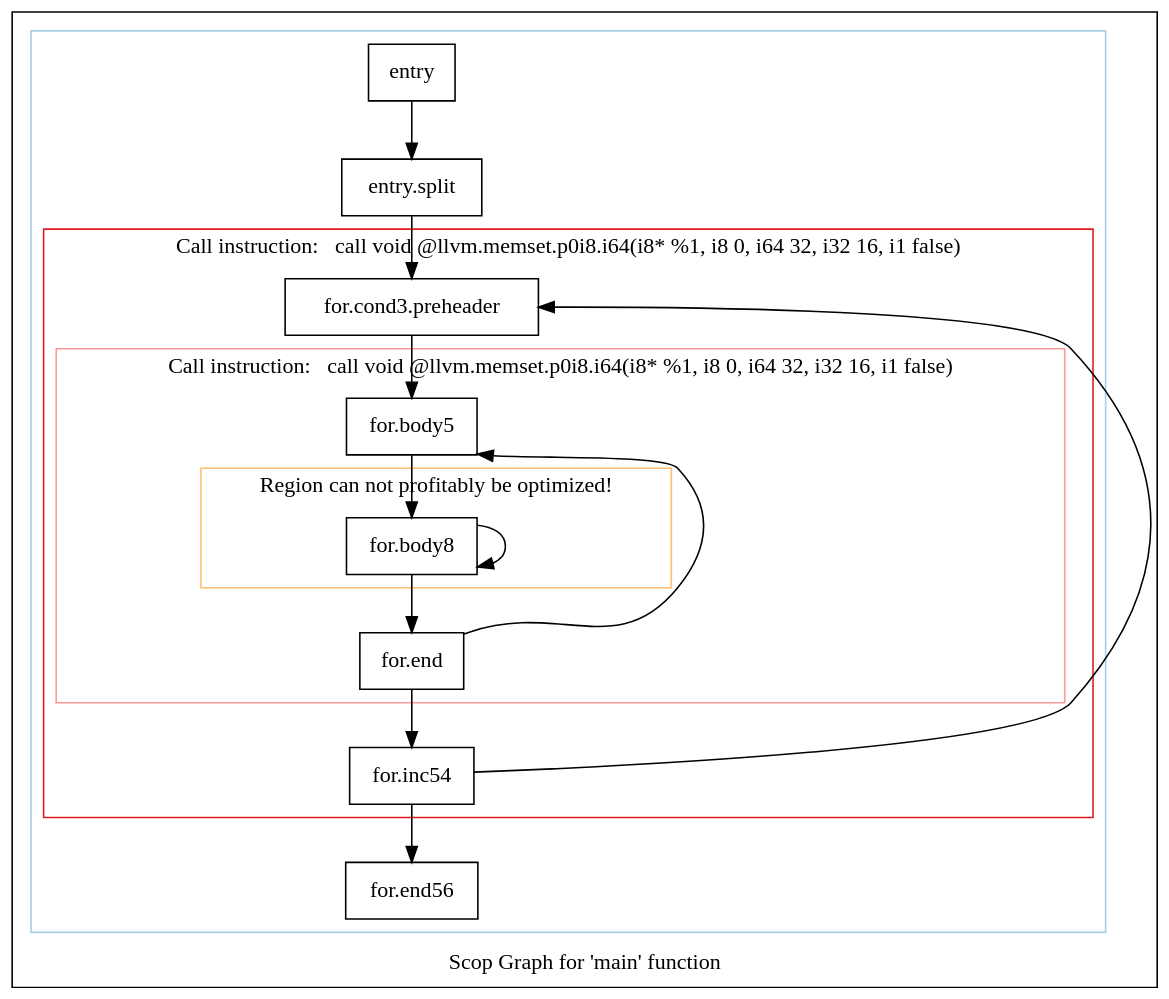
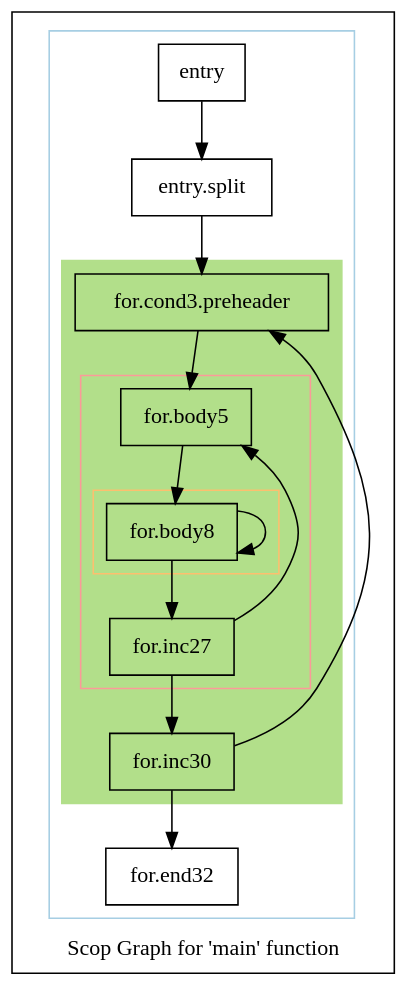
One commit to samminweng/WhileyOpenCL changed the diagram in polly/MatrixMult/impl/handwritten2/dot-only/scopsonly.main.dot. Above: the diagram before and after it, drawn with Graphviz. The commit also changed 24 other files, not shown here.

```diff
--- a/polly/MatrixMult/impl/handwritten2/dot-only/scopsonly.main.dot
+++ b/polly/MatrixMult/impl/handwritten2/dot-only/scopsonly.main.dot
@@ -1,51 +1,50 @@
 digraph "Scop Graph for 'main' function" {
 	label="Scop Graph for 'main' function";
 
-	Node0x505e520 [shape=record,label="{entry}"];
-	Node0x505e520 -> Node0x505e9a0;
-	Node0x505e9a0 [shape=record,label="{entry.split}"];
-	Node0x505e9a0 -> Node0x5070670;
-	Node0x5070670 [shape=record,label="{for.cond3.preheader}"];
-	Node0x5070670 -> Node0x5062490;
-	Node0x5062490 [shape=record,label="{for.body5}"];
-	Node0x5062490 -> Node0x5071410;
-	Node0x5071410 [shape=record,label="{for.body8}"];
-	Node0x5071410 -> Node0x5071410[constraint=false];
-	Node0x5071410 -> Node0x5074100;
-	Node0x5074100 [shape=record,label="{for.end}"];
-	Node0x5074100 -> Node0x5062490[constraint=false];
-	Node0x5074100 -> Node0x5070f50;
-	Node0x5070f50 [shape=record,label="{for.inc54}"];
-	Node0x5070f50 -> Node0x5070670[constraint=false];
-	Node0x5070f50 -> Node0x5049ec0;
-	Node0x5049ec0 [shape=record,label="{for.end56}"];
+	Node0x5bd61b0 [shape=record,label="{entry}"];
+	Node0x5bd61b0 -> Node0x5bd97b0;
+	Node0x5bd97b0 [shape=record,label="{entry.split}"];
+	Node0x5bd97b0 -> Node0x5bdb050;
+	Node0x5bdb050 [shape=record,label="{for.cond3.preheader}"];
+	Node0x5bdb050 -> Node0x5bdb1c0;
+	Node0x5bdb1c0 [shape=record,label="{for.body5}"];
+	Node0x5bdb1c0 -> Node0x5bdb1e0;
+	Node0x5bdb1e0 [shape=record,label="{for.body8}"];
+	Node0x5bdb1e0 -> Node0x5bdb1e0[constraint=false];
+	Node0x5bdb1e0 -> Node0x5bdb0f0;
+	Node0x5bdb0f0 [shape=record,label="{for.inc27}"];
+	Node0x5bdb0f0 -> Node0x5bdb1c0[constraint=false];
+	Node0x5bdb0f0 -> Node0x5bdb200;
+	Node0x5bdb200 [shape=record,label="{for.inc30}"];
+	Node0x5bdb200 -> Node0x5bdb050[constraint=false];
+	Node0x5bdb200 -> Node0x5bdb110;
+	Node0x5bdb110 [shape=record,label="{for.end32}"];
 	colorscheme = "paired12"
-        subgraph cluster_0x504bbe0 {
+        subgraph cluster_0x5bd6c50 {
           label = "";
           style = solid;
           color = 1
-          subgraph cluster_0x50625b0 {
-            label = "Call instruction:   call void @llvm.memset.p0i8.i64(i8* %1, i8 0, i64 32, i32 16, i1 false)";
-            style = solid;
-            color = 6
-            subgraph cluster_0x504bc60 {
-              label = "Call instruction:   call void @llvm.memset.p0i8.i64(i8* %1, i8 0, i64 32, i32 16, i1 false)";
+          subgraph cluster_0x5bb24a0 {
+            label = "";
+            style = filled;
+            color = 3            subgraph cluster_0x5bd6cd0 {
+              label = "";
               style = solid;
               color = 5
-              subgraph cluster_0x5062530 {
-                label = "Region can not profitably be optimized!";
+              subgraph cluster_0x5bb2420 {
+                label = "";
                 style = solid;
                 color = 7
-                Node0x5071410;
+                Node0x5bdb1e0;
               }
-              Node0x5062490;
-              Node0x5074100;
+              Node0x5bdb1c0;
+              Node0x5bdb0f0;
             }
-            Node0x5070670;
-            Node0x5070f50;
+            Node0x5bdb050;
+            Node0x5bdb200;
           }
-          Node0x505e520;
-          Node0x505e9a0;
-          Node0x5049ec0;
+          Node0x5bd61b0;
+          Node0x5bd97b0;
+          Node0x5bdb110;
         }
 }
```
